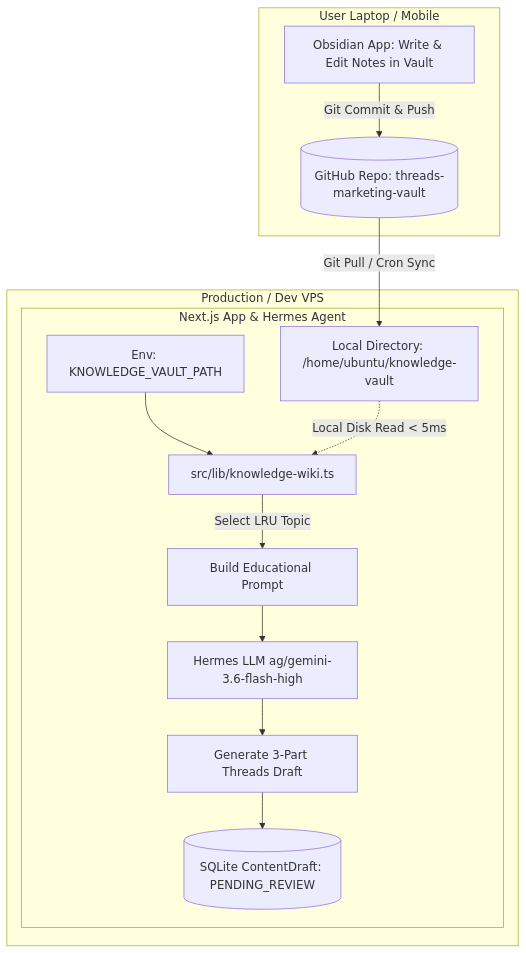
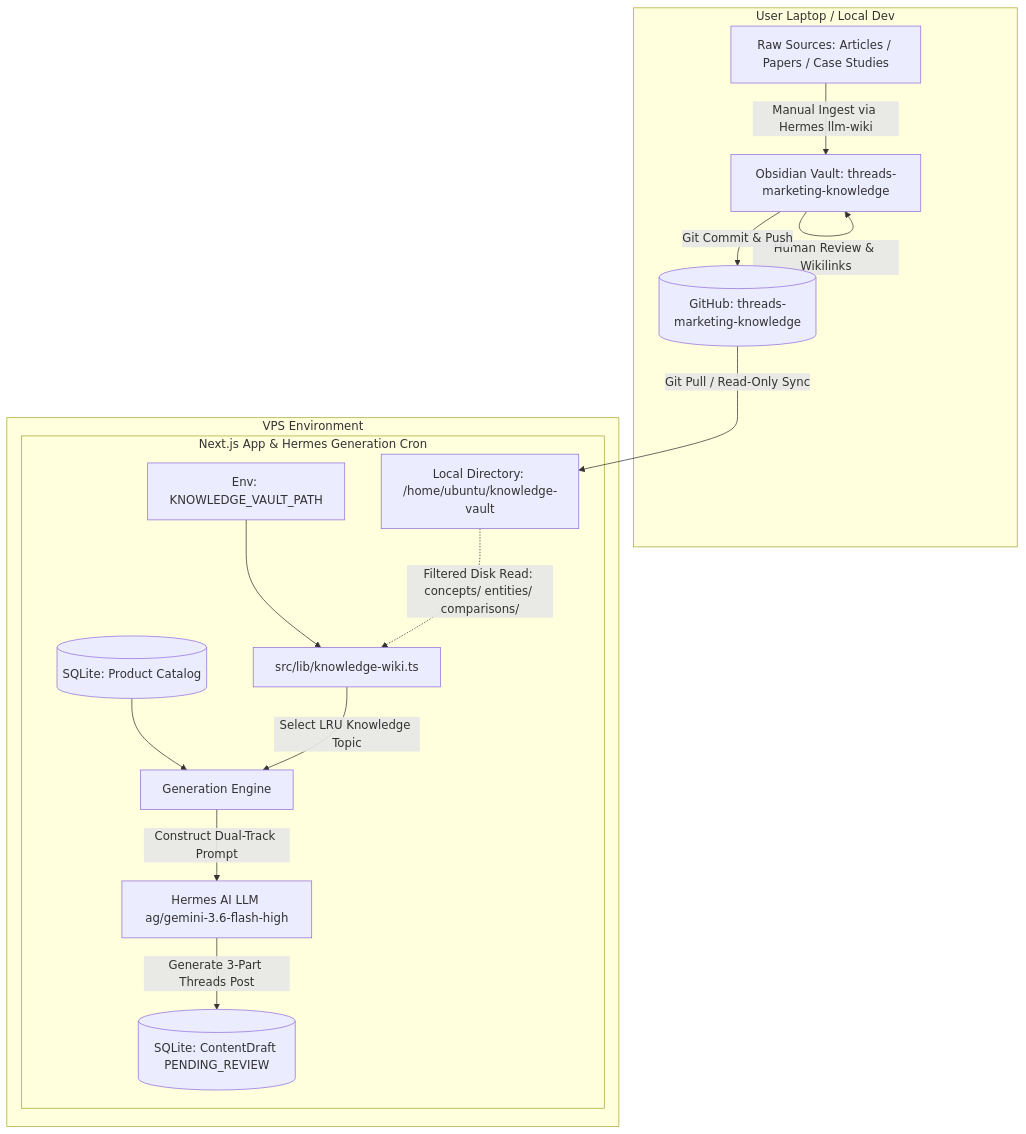
Before and after one commit to HanifMukkorrobin/threads-marketing: the diagram in docs/superpowers/specs/2026-08-18-obsidian-knowledge-wiki-integration-design.md, drawn with Mermaid. The commit also changed other lines of this file and 4 other files, not shown here.

Commit message:
feat: integrate Obsidian-based Knowledge Vault with Hermes engine using the Karpathy LLM-Wiki structure

````diff
--- a/docs/superpowers/specs/2026-08-18-obsidian-knowledge-wiki-integration-design.md
+++ b/docs/superpowers/specs/2026-08-18-obsidian-knowledge-wiki-integration-design.md
@@ -26,19 +27,23 @@
 ```mermaid
 flowchart TD
-    subgraph UserMachine [User Laptop / Mobile]
-        U1[Obsidian App: Write & Edit Notes in Vault] -->|Git Commit & Push| GH1[(GitHub Repo: threads-marketing-vault)]
+    subgraph LocalMachine [User Laptop / Local Dev]
+        A[Raw Sources: Articles / Papers / Case Studies] -->|Manual Ingest via Hermes llm-wiki| B[Obsidian Vault: threads-marketing-knowledge]
+        B -->|Human Review & Wikilinks| B
+        B -->|Git Commit & Push| GH[(GitHub: threads-marketing-knowledge)]
     end
 
-    subgraph VPS [Production / Dev VPS]
-        GH1 -->|Git Pull / Cron Sync| L1[Local Directory: /home/ubuntu/knowledge-vault]
+    subgraph ProductionVPS [VPS Environment]
+        GH -->|Git Pull / Read-Only Sync| L1[Local Directory: /home/ubuntu/knowledge-vault]
         
-        subgraph AppServer [Next.js App & Hermes Agent]
+        subgraph AppRuntime [Next.js App & Hermes Generation Cron]
             ENV1[Env: KNOWLEDGE_VAULT_PATH] --> W1[src/lib/knowledge-wiki.ts]
-            L1 -.->|Local Disk Read < 5ms| W1
-            W1 -->|Select LRU Topic| P1[Build Educational Prompt]
-            P1 --> P2[Hermes LLM ag/gemini-3.6-flash-high]
-            P2 --> P3[Generate 3-Part Threads Draft]
-            P3 --> D1[(SQLite ContentDraft: PENDING_REVIEW)]
+            L1 -.->|Filtered Disk Read: concepts/ entities/ comparisons/| W1
+            
+            DB1[(SQLite: Product Catalog)] --> G1[Generation Engine]
+            W1 -->|Select LRU Knowledge Topic| G1
+            
+            G1 -->|Construct Dual-Track Prompt| H1[Hermes AI LLM ag/gemini-3.6-flash-high]
+            H1 -->|Generate 3-Part Threads Post| D1[(SQLite: ContentDraft PENDING_REVIEW)]
         end
     end
 ```
````
